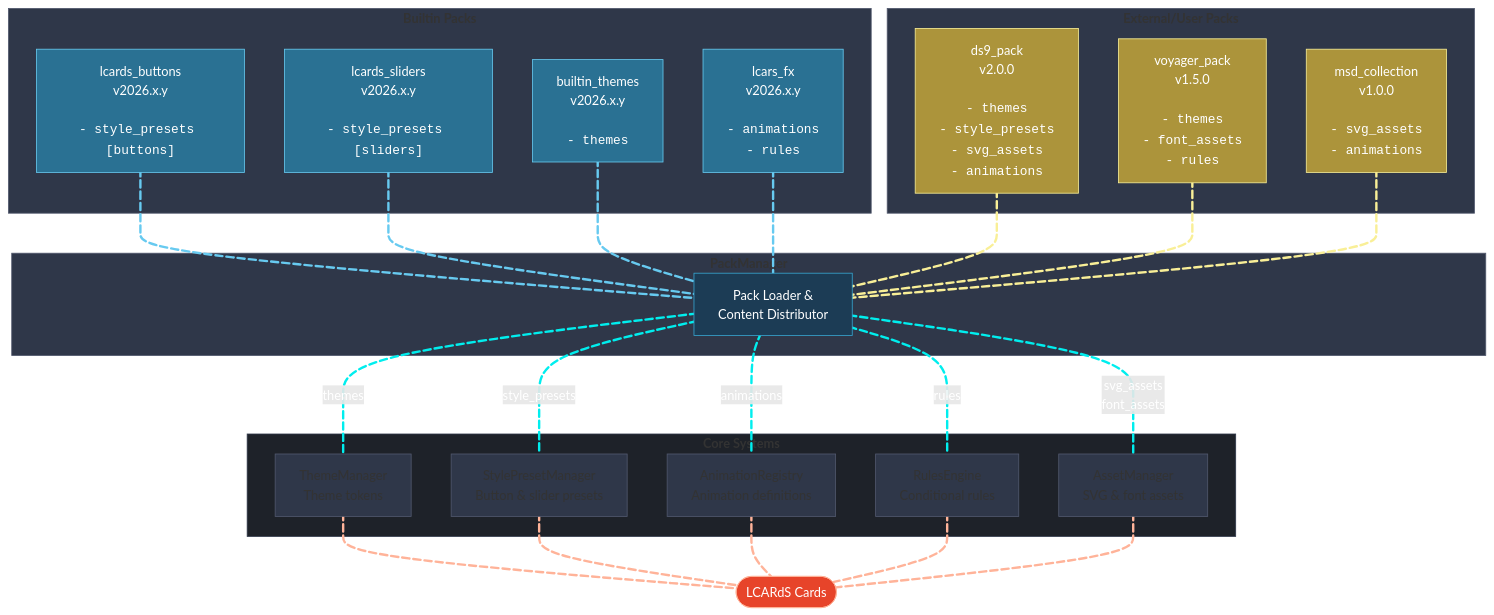
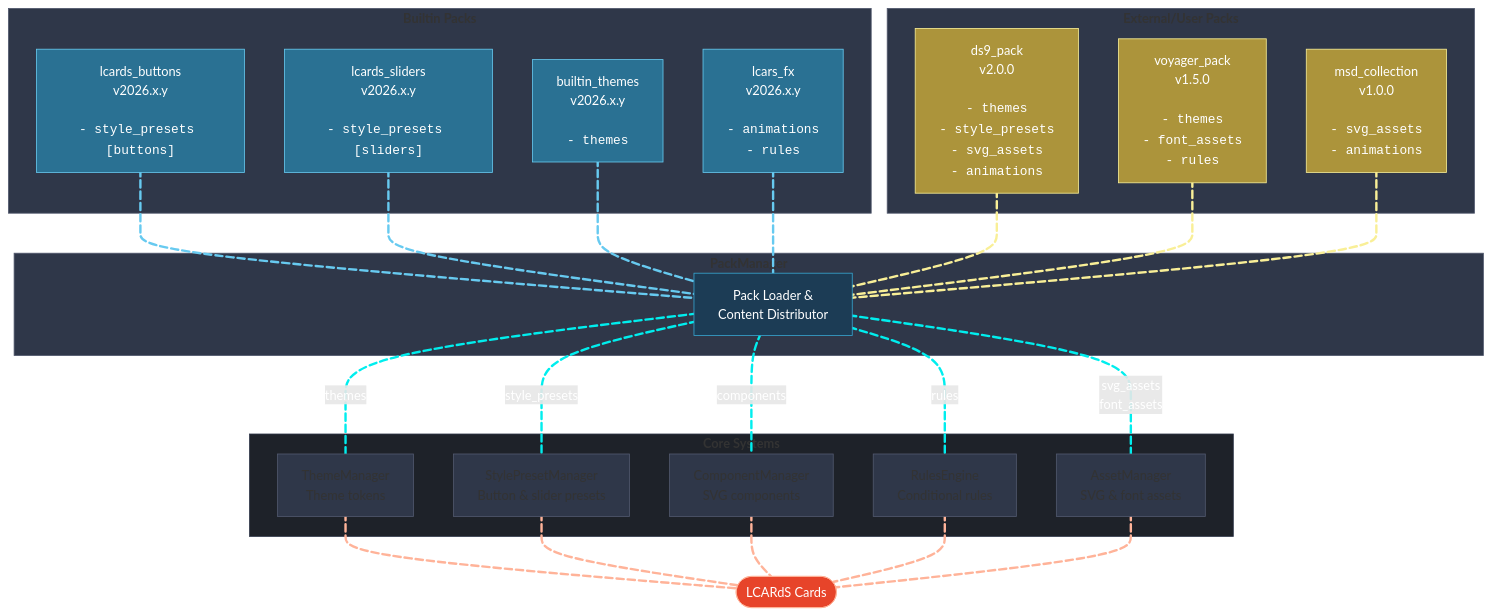
The second of 2 diagrams in doc/architecture/systems-arch.md (snootched/lcards), drawn with Mermaid before and after one commit. The commit also changed 116 other files, not shown here.

````diff
--- a/doc/architecture/systems-arch.md
+++ b/doc/architecture/systems-arch.md
@@ -115,81 +115,81 @@
 ```mermaid
 flowchart TB
     subgraph BuiltinPacks["<b>Builtin Packs</b>"]
         P1["lcards_buttons<br/>v2026.x.y<br/><br/><code>- style_presets [buttons]</code>"]:::builtinPacksStyle
         P2["lcards_sliders<br/>v2026.x.y<br/><br/><code>- style_presets [sliders]</code>"]:::builtinPacksStyle
         P3["builtin_themes<br/>v2026.x.y<br/><br/><code>- themes</code>"]:::builtinPacksStyle
         P4["lcars_fx<br/>v2026.x.y<br/><br/><code>- animations<br/>- rules</code>"]:::builtinPacksStyle
     end
 
     subgraph ExternalPacks["<b>External/User Packs</b>"]
         E1["ds9_pack<br/>v2.0.0<br/><br/><code>- themes<br/>- style_presets<br/>- svg_assets<br/>- animations</code>"]:::externalPacksStyle
         E2["voyager_pack<br/>v1.5.0<br/><br/><code>- themes<br/>- font_assets<br/>- rules</code>"]:::externalPacksStyle
         E3["msd_collection<br/>v1.0.0<br/><br/><code>- svg_assets<br/>- animations</code>"]:::externalPacksStyle
     end
 
     subgraph PackMgr["<b>PackManager</b>"]
         PM[Pack Loader &<br/>Content Distributor]
     end
 
     subgraph CoreSystems["<b>Core Systems</b>"]
         TM[ThemeManager<br/>Theme tokens]:::coreStyle
         SPM[StylePresetManager<br/>Button & slider presets]:::coreStyle
-        AR[AnimationRegistry<br/>Animation definitions]:::coreStyle
+        CM[ComponentManager<br/>SVG components]:::coreStyle
         RE[RulesEngine<br/>Conditional rules]:::coreStyle
         AM[AssetManager<br/>SVG & font assets]:::coreStyle
     end
 
     P1 0@--- PM
     P2 1@--- PM
     P3 2@--- PM
     P4 3@--- PM
     E1 4@--- PM
     E2 5@--- PM
     E3 6@--- PM
 
     PM 7@---|themes| TM
     PM 8@---|style_presets| SPM
-    PM 9@---|animations| AR
+    PM 9@---|components| CM
     PM 10@---|rules| RE
     PM 11@---|svg_assets<br/>font_assets| AM
 
     TM 12@-.- Cards([LCARdS Cards])
     SPM 13@-.- Cards
-    AR 14@-.- Cards
+    CM 14@-.- Cards
     RE 15@-.- Cards
     AM 16@-.- Cards
 
     0@{ animate: slow }
     1@{ animate: slow }
     2@{ animate: slow }
     3@{ animate: slow }
     4@{ animate: slow }
     5@{ animate: slow }
     6@{ animate: slow }
     7@{ animate: slow }
     8@{ animate: slow }
     9@{ animate: slow }
     10@{ animate: slow }
     11@{ animate: slow }
     12@{ animate: slow }
     13@{ animate: slow }
     14@{ animate: slow }
     15@{ animate: slow }
     16@{ animate: slow }
 
     linkStyle 0,1,2,3 stroke:#67caf0,stroke-width:3px
     linkStyle 4,5,6 stroke:#f9ef97,stroke-width:3px
     linkStyle 7,8,9,10,11 stroke:#00eeee,stroke-width:3px,color:#fff
     linkStyle 12,13,14,15,16 stroke:#ffb399,stroke-width:3px
 
     style BuiltinPacks fill:#2f3749,stroke:#52596e
     style ExternalPacks fill:#2f3749,stroke:#52596e
     style CoreSystems fill:#1e2229,stroke:#2f3749
     style Cards fill:#e7442a,stroke:#ffb399,color:#fff
     style PM fill:#1c3c55,stroke:#37a6d1,color:#fff
     style PackMgr fill:#2f3749,stroke:#52596e
 
     classDef builtinPacksStyle fill:#2a7193,stroke:#67caf0,color:#fff
     classDef externalPacksStyle fill:#ac943b,stroke:#f9ef97,color:#fff
     classDef coreStyle fill:#2f3749,stroke:#52596e
 ```
````
